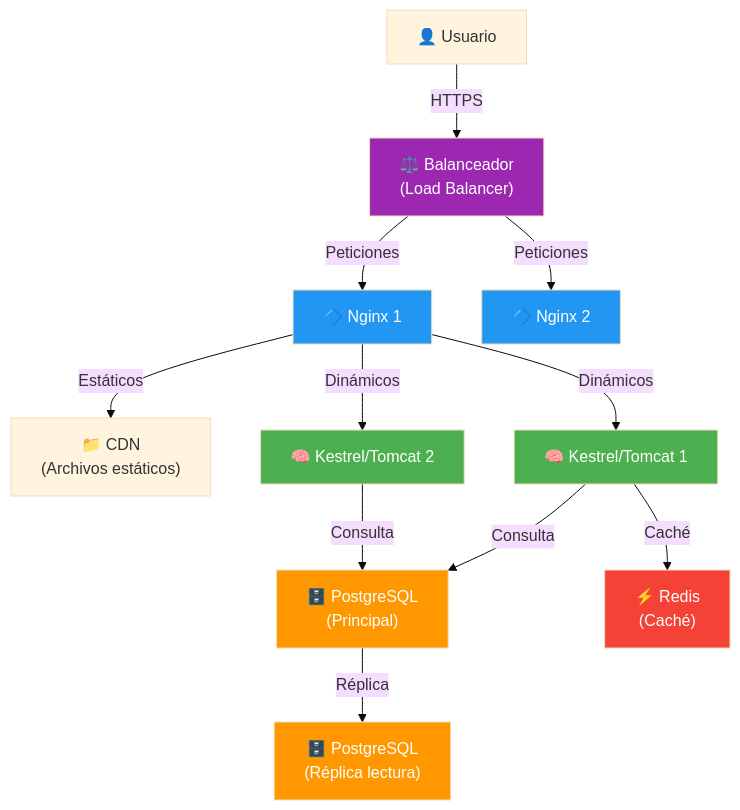
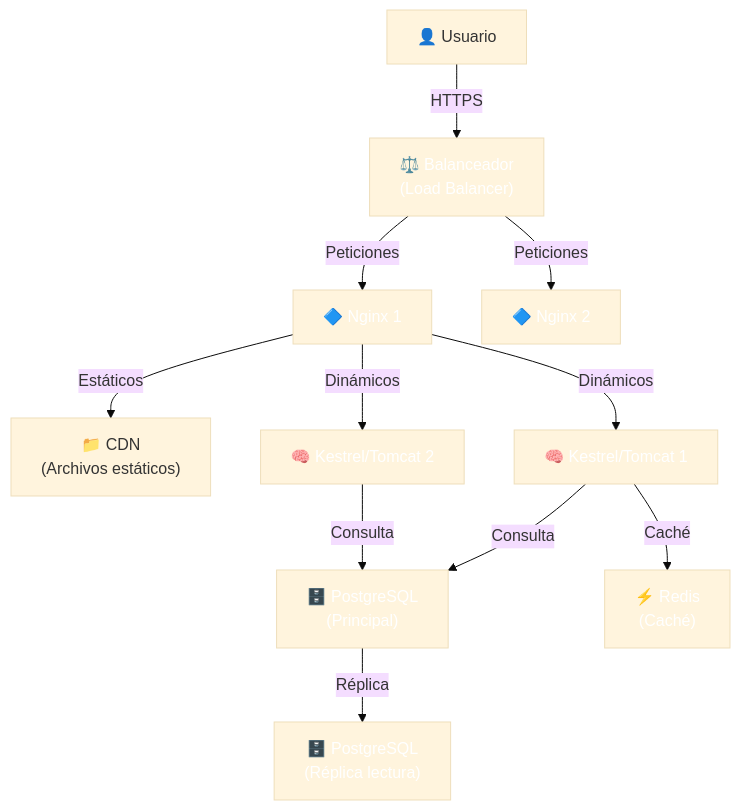
One commit to joseluisgs/DesarrolloWebEntornosServidor-01-2026-2027 changed the fourth of 4 diagrams in 08-servidores-web.md. Above: the diagram before and after it, drawn with Mermaid (base theme). The commit also changed other lines of this file and 66 other files, not shown here.

First line of the commit message:
fix: normalizar titulos al castellano de frase y corregir la paleta de mermaid

````diff
--- a/08-servidores-web.md
+++ b/08-servidores-web.md
@@ -335,22 +335,22 @@
 ```mermaid
 graph TD
     C["👤 Usuario"] -->|"HTTPS"| LB["⚖️ Balanceador<br/>(Load Balancer)"]
     LB -->|"Peticiones"| N1["🔷 Nginx 1"]
     LB -->|"Peticiones"| N2["🔷 Nginx 2"]
     N1 -->|"Estáticos"| D1["📁 CDN<br/>(Archivos estáticos)"]
     N1 -->|"Dinámicos"| A1["🧠 Kestrel/Tomcat 1"]
     N1 -->|"Dinámicos"| A2["🧠 Kestrel/Tomcat 2"]
     A1 -->|"Consulta"| DB1["🗄️ PostgreSQL<br/>(Principal)"]
     A2 -->|"Consulta"| DB1
     DB1 -->|"Réplica"| DB2["🗄️ PostgreSQL<br/>(Réplica lectura)"]
     A1 -->|"Caché"| R["⚡ Redis<br/>(Caché)"]
 
-    style LB fill:#9C27B0,color:#fff
-    style N1 fill:#2196F3,color:#fff
-    style N2 fill:#2196F3,color:#fff
-    style A1 fill:#4CAF50,color:#fff
-    style A2 fill:#4CAF50,color:#fff
-    style DB1 fill:#FF9800,color:#fff
-    style DB2 fill:#FF9800,color:#fff
-    style R fill:#f44336,color:#fff
+    style LB fill:#9C27B,color:#fff0,color:#fff
+    style N1 fill:#2196F,color:#fff3,color:#fff
+    style N2 fill:#2196F,color:#fff3,color:#fff
+    style A1 fill:#4CAF5,color:#fff0,color:#fff
+    style A2 fill:#4CAF5,color:#fff0,color:#fff
+    style DB1 fill:#FF980,color:#fff0,color:#fff
+    style DB2 fill:#FF980,color:#fff0,color:#fff
+    style R fill:#f4433,color:#fff6,color:#fff
 ```
````
